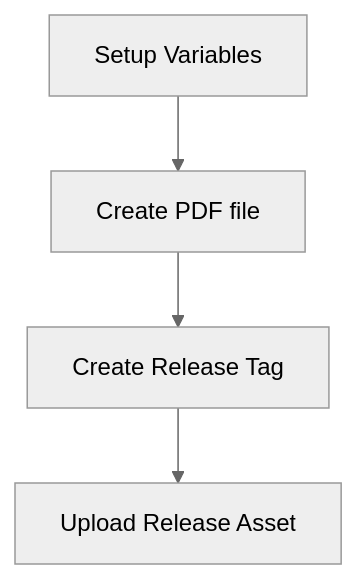
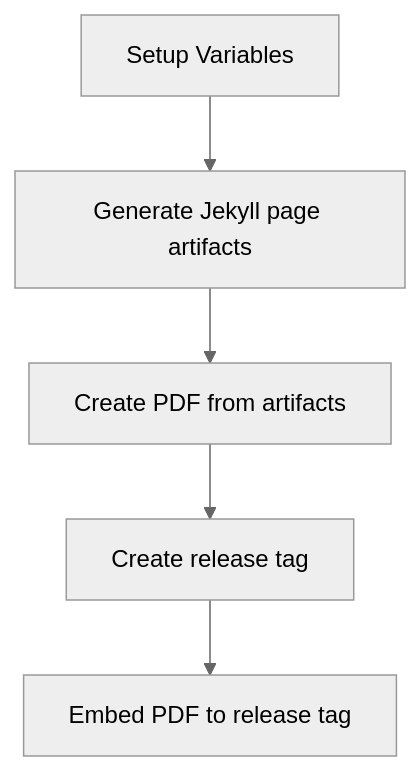
Before and after one commit to doctor500/cv: the diagram in README.md, drawn with Mermaid (neutral theme). The commit also changed other lines of this file and 1 other file, not shown here.

````diff
--- a/README.md
+++ b/README.md
@@ -11,6 +13,7 @@
 ```mermaid
 graph TD;
-    A[Setup Variables]-->B[Create PDF file]
-    B[Create PDF file]-->C[Create Release Tag]
-    C[Create Release Tag]-->D[Upload Release Asset]
+    A[Setup Variables]-->B[Generate Jekyll page artifacts]
+    B[Generate Jekyll page artifacts]-->C[Create PDF from artifacts]
+    C[Create PDF from artifacts]-->D[Create release tag]
+    D[Create release tag]-->E[Embed PDF to release tag]
 ```
````
